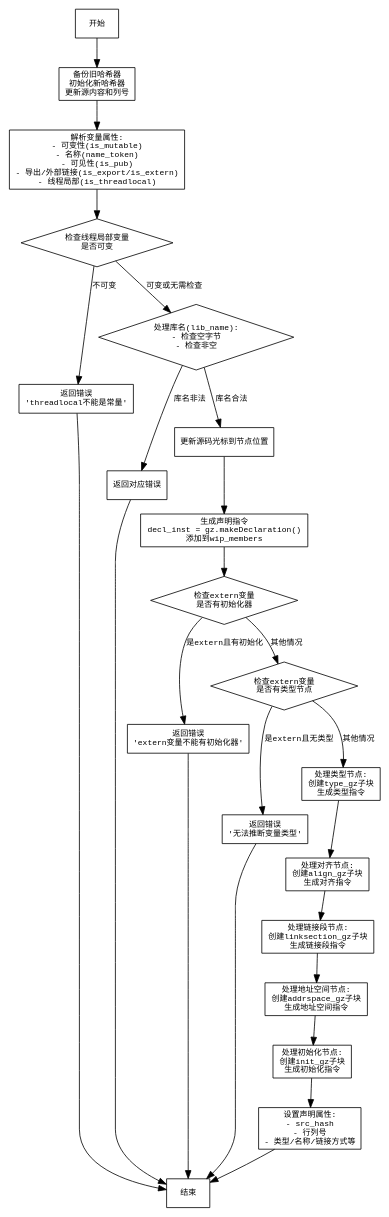
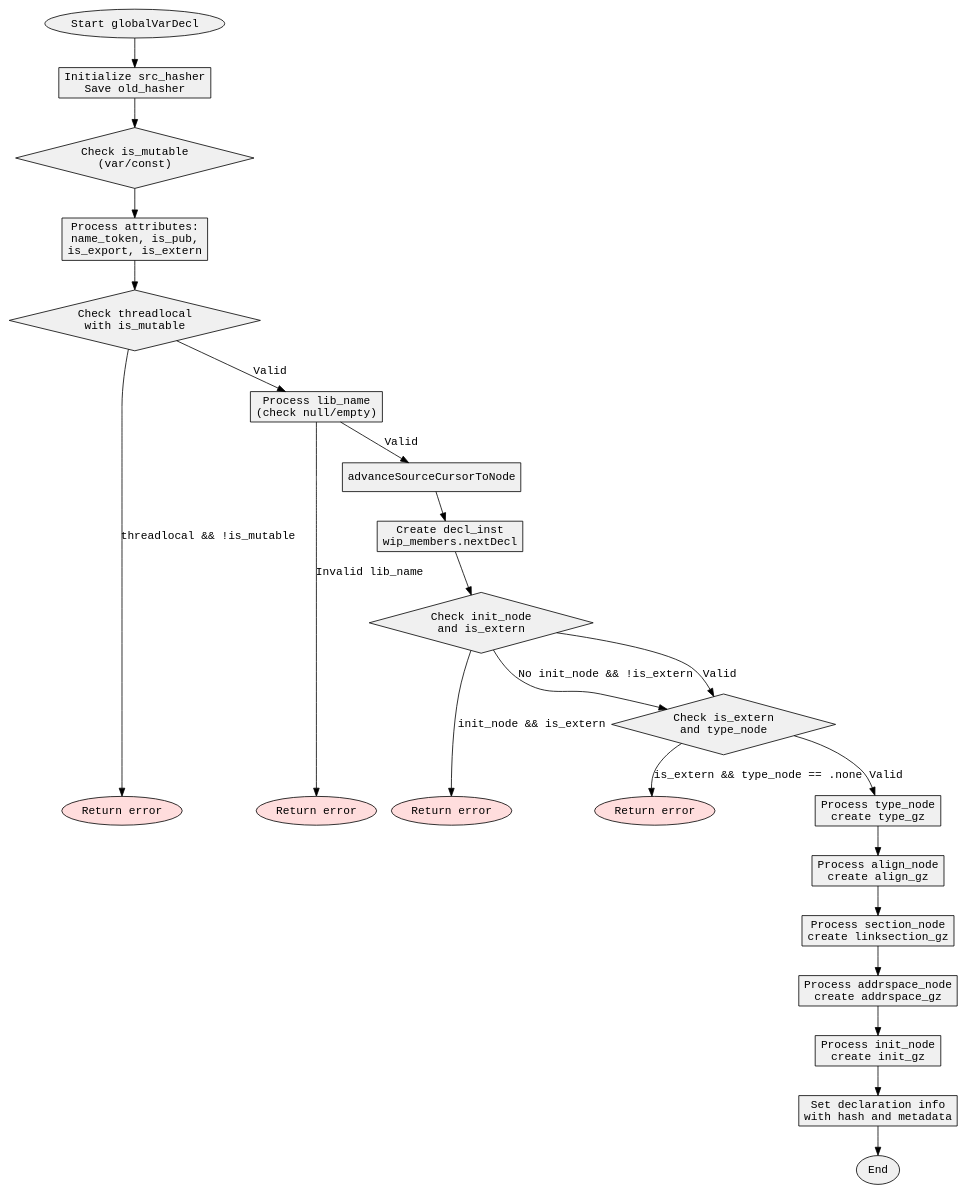
Before and after one commit to sdzx-1/deepseek-zig-reader: the diagram in dot_std/zig/AstGen.zig.globalVarDecl.md, drawn with Graphviz. The commit also changed other lines of this file and 236 other files, not shown here.

````diff
--- a/dot_std/zig/AstGen.zig.globalVarDecl.md
+++ b/dot_std/zig/AstGen.zig.globalVarDecl.md
@@ -37,60 +54,60 @@
 ```dot
 digraph flowchart {
-    node [shape=rectangle, fontname="Courier", fontsize=10];
-    edge [fontname="Courier", fontsize=10];
+    node [shape=rectangle, fontname="Courier New", style=filled, fillcolor="#f0f0f0"];
+    edge [fontname="Courier New"];
 
-    start [label="开始"];
-    end [label="结束"];
-    init_hasher [label="备份旧哈希器\n初始化新哈希器\n更新源内容和列号"];
-    parse_attrs [label="解析变量属性:\n- 可变性(is_mutable)\n- 名称(name_token)\n- 可见性(is_pub)\n- 导出/外部链接(is_export/is_extern)\n- 线程局部(is_threadlocal)"];
-    check_threadlocal [label="检查线程局部变量\n是否可变", shape=diamond];
-    error_threadlocal [label="返回错误\n'threadlocal不能是常量'"];
-    handle_libname [label="处理库名(lib_name):\n- 检查空字节\n- 检查非空", shape=diamond];
-    error_libname [label="返回对应错误"];
-    advance_source [label="更新源码光标到节点位置"];
-    make_decl [label="生成声明指令\ndecl_inst = gz.makeDeclaration()\n添加到wip_members"];
-    check_init_extern [label="检查extern变量\n是否有初始化器", shape=diamond];
-    error_extern_init [label="返回错误\n'extern变量不能有初始化器'"];
-    check_extern_type [label="检查extern变量\n是否有类型节点", shape=diamond];
-    error_extern_type [label="返回错误\n'无法推断变量类型'"];
-    handle_type_block [label="处理类型节点:\n创建type_gz子块\n生成类型指令"];
-    handle_align_block [label="处理对齐节点:\n创建align_gz子块\n生成对齐指令"];
-    handle_linksection_block [label="处理链接段节点:\n创建linksection_gz子块\n生成链接段指令"];
-    handle_addrspace_block [label="处理地址空间节点:\n创建addrspace_gz子块\n生成地址空间指令"];
-    handle_init_block [label="处理初始化节点:\n创建init_gz子块\n生成初始化指令"];
-    set_declaration [label="设置声明属性:\n- src_hash\n- 行列号\n- 类型/名称/链接方式等"];
+    start [label="Start globalVarDecl", shape=ellipse];
+    end [label="End", shape=ellipse];
+    init_hasher [label="Initialize src_hasher\nSave old_hasher"];
+    check_mutable [label="Check is_mutable\n(var/const)", shape=diamond];
+    handle_attributes [label="Process attributes:\nname_token, is_pub,\nis_export, is_extern"];
+    check_threadlocal [label="Check threadlocal\nwith is_mutable", shape=diamond];
+    error_threadlocal [label="Return error", shape=ellipse, fillcolor="#ffdddd"];
+    handle_libname [label="Process lib_name\n(check null/empty)"];
+    error_libname [label="Return error", shape=ellipse, fillcolor="#ffdddd"];
+    advance_cursor [label="advanceSourceCursorToNode"];
+    create_decl [label="Create decl_inst\nwip_members.nextDecl"];
+    check_init_extern [label="Check init_node\nand is_extern", shape=diamond];
+    error_init_extern [label="Return error", shape=ellipse, fillcolor="#ffdddd"];
+    check_extern_type [label="Check is_extern\nand type_node", shape=diamond];
+    error_extern_type [label="Return error", shape=ellipse, fillcolor="#ffdddd"];
+    handle_type [label="Process type_node\ncreate type_gz"];
+    handle_align [label="Process align_node\ncreate align_gz"];
+    handle_linksection [label="Process section_node\ncreate linksection_gz"];
+    handle_addrspace [label="Process addrspace_node\ncreate addrspace_gz"];
+    handle_init [label="Process init_node\ncreate init_gz"];
+    set_declaration [label="Set declaration info\nwith hash and metadata"];
 
     start -> init_hasher;
-    init_hasher -> parse_attrs;
-    parse_attrs -> check_threadlocal;
+    init_hasher -> check_mutable;
+    check_mutable -> handle_attributes;
+    handle_attributes -> check_threadlocal;
     
-    check_threadlocal -> error_threadlocal [label="不可变"];
-    check_threadlocal -> handle_libname [label="可变或无需检查"];
+    check_threadlocal -> error_threadlocal [label="threadlocal && !is_mutable"];
+    check_threadlocal -> handle_libname [label="Valid"];
     
-    handle_libname -> error_libname [label="库名非法"];
-    handle_libname -> advance_source [label="库名合法"];
+    handle_libname -> error_libname [label="Invalid lib_name"];
+    handle_libname -> advance_cursor [label="Valid"];
     
-    advance_source -> make_decl;
-    make_decl -> check_init_extern;
+    advance_cursor -> create_decl;
+    create_decl -> check_init_extern;
     
-    check_init_extern -> error_extern_init [label="是extern且有初始化"];
-    check_init_extern -> check_extern_type [label="其他情况"];
+    check_init_extern -> error_init_extern [label="init_node && is_extern"];
+    check_init_extern -> check_extern_type [label="No init_node && !is_extern"];
+    check_init_extern -> check_extern_type [label="Valid"];
     
-    check_extern_type -> error_extern_type [label="是extern且无类型"];
-    check_extern_type -> handle_type_block [label="其他情况"];
+    check_extern_type -> error_extern_type [label="is_extern && type_node == .none"];
+    check_extern_type -> handle_type [label="Valid"];
     
-    handle_type_block -> handle_align_block;
-    handle_align_block -> handle_linksection_block;
-    handle_linksection_block -> handle_addrspace_block;
-    handle_addrspace_block -> handle_init_block;
-    handle_init_block -> set_declaration;
+    handle_type -> handle_align;
+    handle_align -> handle_linksection;
+    handle_linksection -> handle_addrspace;
+    handle_addrspace -> handle_init;
+    handle_init -> set_declaration;
     
     set_declaration -> end;
 
-    // Error edges to end
-    error_threadlocal -> end;
-    error_libname -> end;
-    error_extern_init -> end;
-    error_extern_type -> end;
+    // Subgraph for error handling visibility
+    { rank=same; error_threadlocal; error_libname; error_init_extern; error_extern_type; }
 }
 ```
````
